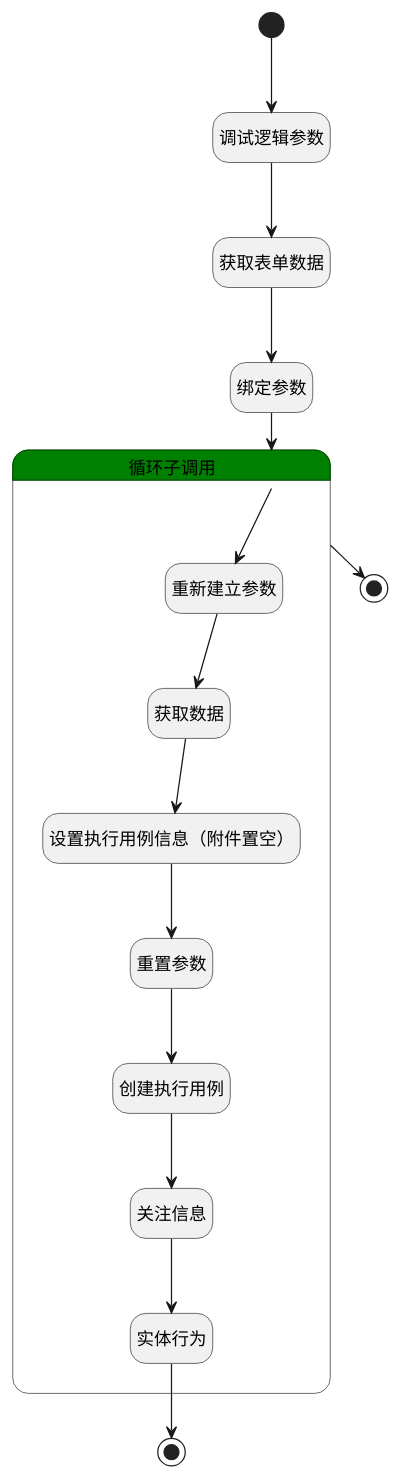
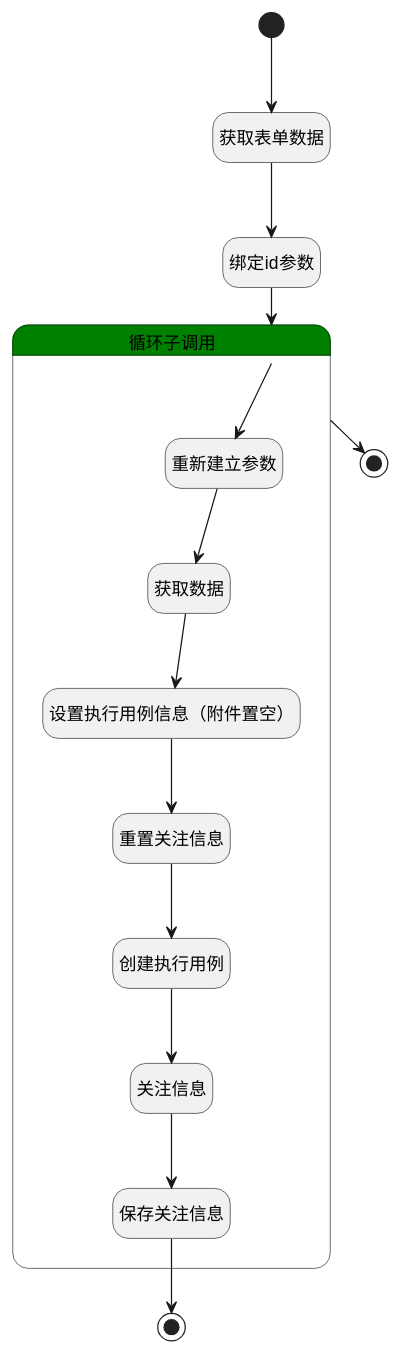
Before and after one commit to iBizLab/plm: the diagram in doc/docsify/module/TestMgmt/test_case/logic/case_move_plan.md, drawn with PlantUML. The commit also changed other lines of this file and 1778 other files, not shown here.

````diff
--- a/doc/docsify/module/TestMgmt/test_case/logic/case_move_plan.md
+++ b/doc/docsify/module/TestMgmt/test_case/logic/case_move_plan.md
@@ -7,44 +7,42 @@
 ```plantuml
 @startuml
 hide empty description
 <style>
 root {
   HyperlinkColor #42b983
 }
 </style>
 
 hide empty description
 state "开始" as Begin <<start>> [[$./case_move_plan#begin {"开始"}]]
-state "调试逻辑参数" as DEBUGPARAM1  [[$./case_move_plan#debugparam1 {"调试逻辑参数"}]]
 state "获取表单数据" as BINDPARAM1  [[$./case_move_plan#bindparam1 {"获取表单数据"}]]
-state "绑定参数" as BINDPARAM2  [[$./case_move_plan#bindparam2 {"绑定参数"}]]
+state "绑定id参数" as BINDPARAM2  [[$./case_move_plan#bindparam2 {"绑定id参数"}]]
 state "结束" as END2 <<end>> [[$./case_move_plan#end2 {"结束"}]]
 state "结束" as END1 <<end>> [[$./case_move_plan#end1 {"结束"}]]
 state "循环子调用" as LOOPSUBCALL1  [[$./case_move_plan#loopsubcall1 {"循环子调用"}]] #green {
 state "重新建立参数" as RENEWPARAM1  [[$./case_move_plan#renewparam1 {"重新建立参数"}]]
 state "获取数据" as DEACTION2  [[$./case_move_plan#deaction2 {"获取数据"}]]
 state "设置执行用例信息（附件置空）" as PREPAREPARAM1  [[$./case_move_plan#prepareparam1 {"设置执行用例信息（附件置空）"}]]
-state "重置参数" as RESETPARAM1  [[$./case_move_plan#resetparam1 {"重置参数"}]]
+state "重置关注信息" as RESETPARAM1  [[$./case_move_plan#resetparam1 {"重置关注信息"}]]
 state "创建执行用例" as DEACTION1  [[$./case_move_plan#deaction1 {"创建执行用例"}]]
 state "关注信息" as PREPAREPARAM2  [[$./case_move_plan#prepareparam2 {"关注信息"}]]
-state "实体行为" as DEACTION3  [[$./case_move_plan#deaction3 {"实体行为"}]]
+state "保存关注信息" as DEACTION3  [[$./case_move_plan#deaction3 {"保存关注信息"}]]
 }
 
 
-Begin --> DEBUGPARAM1
-DEBUGPARAM1 --> BINDPARAM1
+Begin --> BINDPARAM1
 BINDPARAM1 --> BINDPARAM2
 BINDPARAM2 --> LOOPSUBCALL1
 LOOPSUBCALL1 --> END1
 LOOPSUBCALL1 --> RENEWPARAM1
 RENEWPARAM1 --> DEACTION2
 DEACTION2 --> PREPAREPARAM1
 PREPAREPARAM1 --> RESETPARAM1
 RESETPARAM1 --> DEACTION1
 DEACTION1 --> PREPAREPARAM2
 PREPAREPARAM2 --> DEACTION3
 DEACTION3 --> END2
 
 
 @enduml
 ```
````
